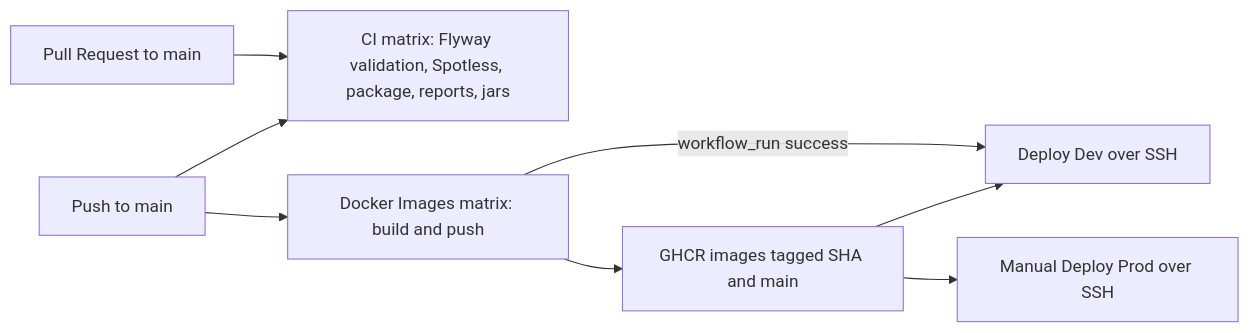
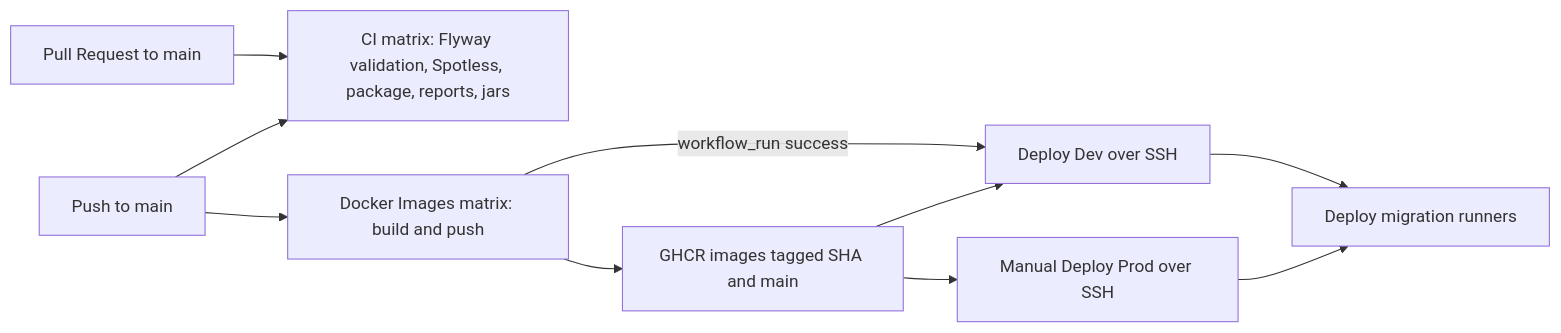
One commit to jobsonrisoa/market-basket-platform changed the fifth of 6 diagrams in docs/diagrams.md. Above: the diagram before and after it, drawn with Mermaid. The commit also changed other lines of this file and 10 other files, not shown here.

````diff
--- a/docs/diagrams.md
+++ b/docs/diagrams.md
@@ -158,18 +163,21 @@
 ```mermaid
 flowchart LR
   pr[Pull Request to main]
   push[Push to main]
   ci[CI matrix: Flyway validation, Spotless, package, reports, jars]
   docker[Docker Images matrix: build and push]
+  migrations[Deploy migration runners]
   ghcr[GHCR images tagged SHA and main]
   dev[Deploy Dev over SSH]
   prod[Manual Deploy Prod over SSH]
 
   pr --> ci
   push --> ci
   push --> docker
   docker --> ghcr
   docker -->|workflow_run success| dev
+  dev --> migrations
+  prod --> migrations
   ghcr --> dev
   ghcr --> prod
 ```
````
